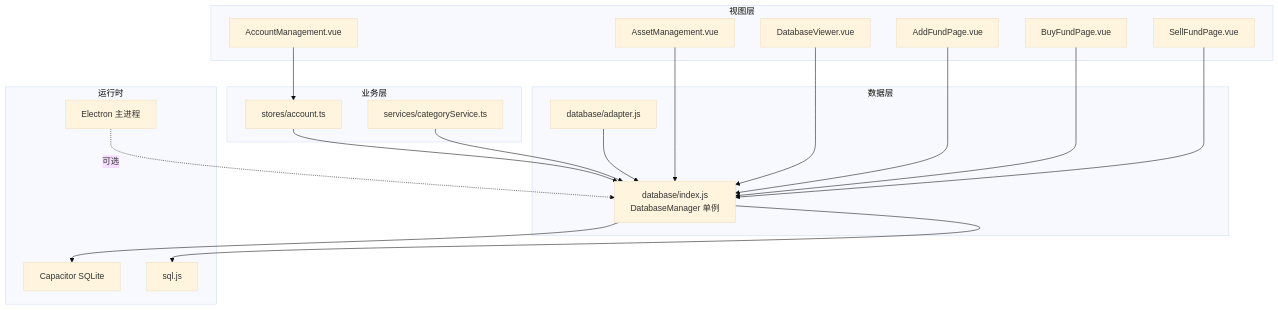
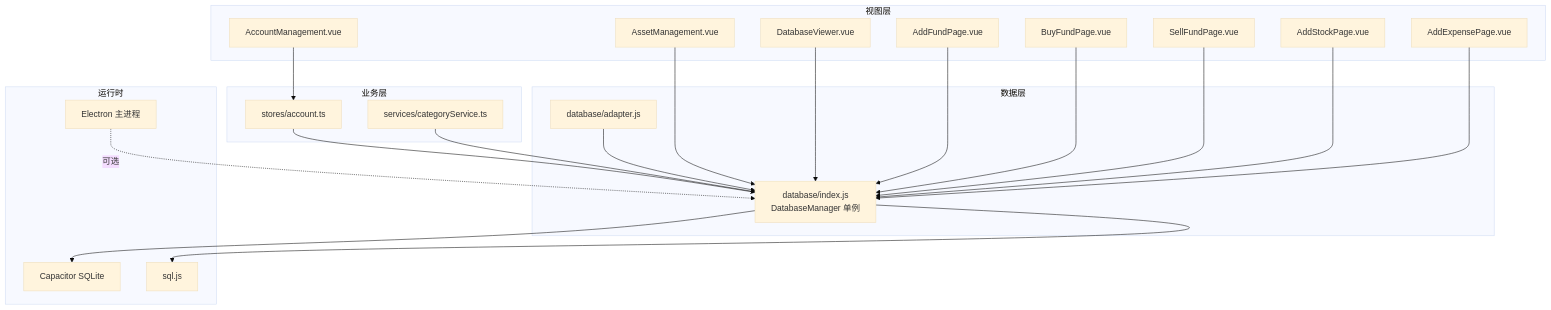
One commit to xiao-lin-unit/yuan changed the first of 6 diagrams in .qoder/repowiki/zh/content/数据库管理/数据库管理.md. Above: the diagram before and after it, drawn with Mermaid (base theme). The commit also changed other lines of this file and 9 other files, not shown here.

````diff
--- a/.qoder/repowiki/zh/content/数据库管理/数据库管理.md
+++ b/.qoder/repowiki/zh/content/数据库管理/数据库管理.md
@@ -53,36 +58,40 @@
 ```mermaid
 graph TB
 subgraph "视图层"
 UI_Account["AccountManagement.vue"]
 UI_Asset["AssetManagement.vue"]
 UI_DBViewer["DatabaseViewer.vue"]
 UI_AddFund["AddFundPage.vue"]
 UI_BuyFund["BuyFundPage.vue"]
 UI_SellFund["SellFundPage.vue"]
+UI_AddStock["AddStockPage.vue"]
+UI_AddExpense["AddExpensePage.vue"]
 end
 subgraph "业务层"
 Store_Account["stores/account.ts"]
 Svc_Category["services/categoryService.ts"]
 end
 subgraph "数据层"
 Adapter["database/adapter.js"]
 Manager["database/index.js<br/>DatabaseManager 单例"]
 end
 subgraph "运行时"
 Capacitor["Capacitor SQLite"]
 SQLJS["sql.js"]
 Electron["Electron 主进程"]
 end
 UI_Account --> Store_Account
 UI_Asset --> Manager
 UI_DBViewer --> Manager
 UI_AddFund --> Manager
 UI_BuyFund --> Manager
 UI_SellFund --> Manager
+UI_AddStock --> Manager
+UI_AddExpense --> Manager
 Store_Account --> Manager
 Svc_Category --> Manager
 Adapter --> Manager
 Manager --> Capacitor
 Manager --> SQLJS
 Electron -. 可选 .-> Manager
 ```
````
